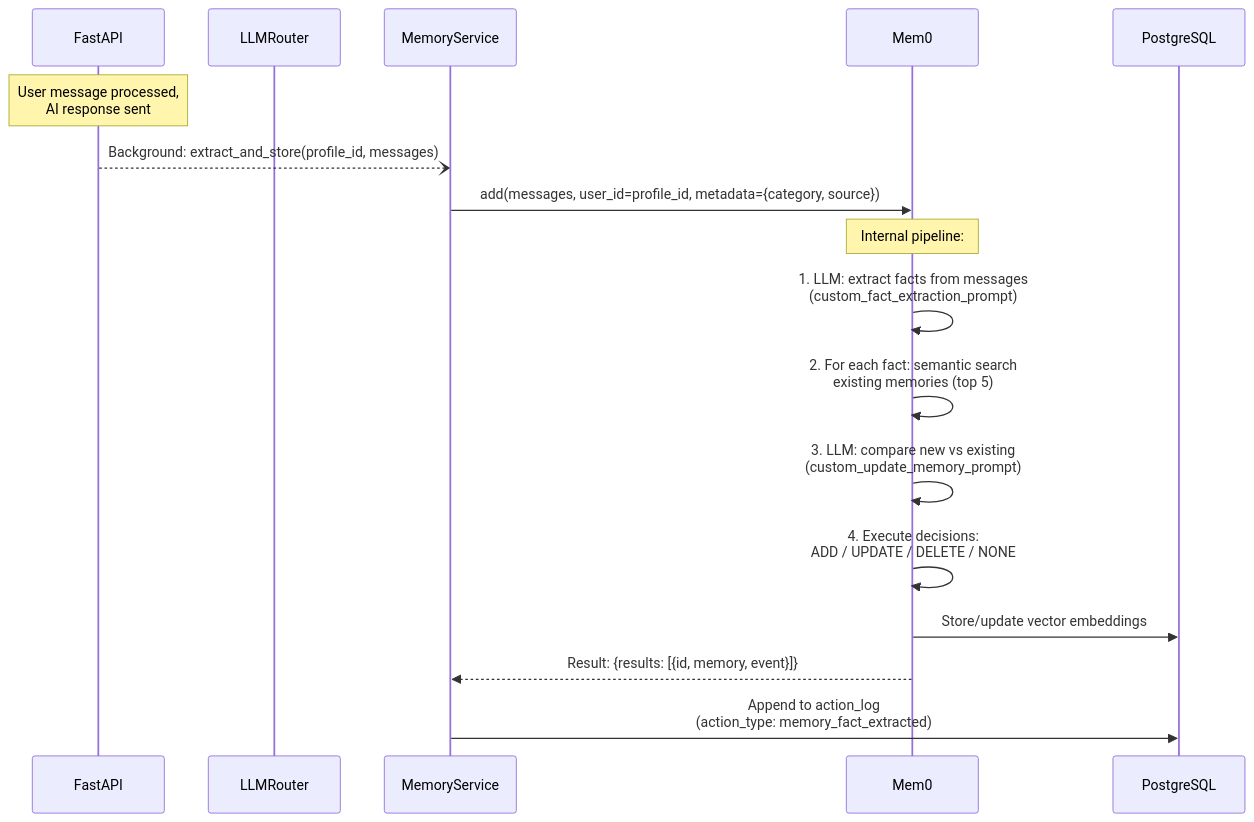
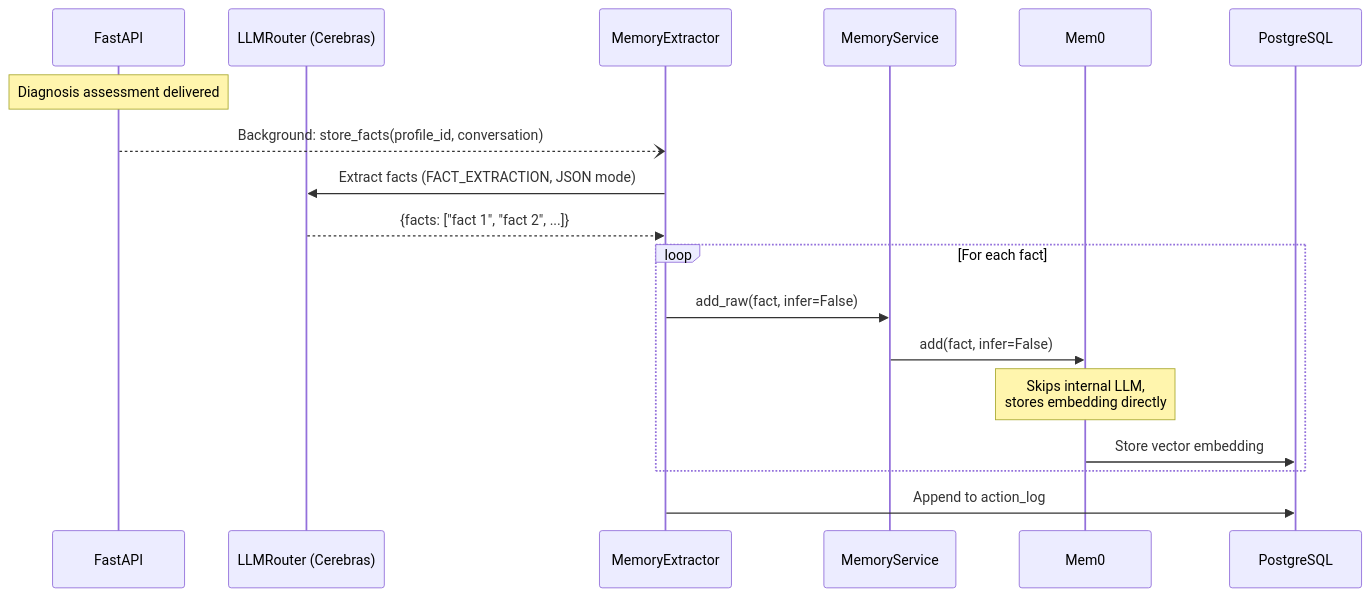
One commit to ArthurZhang2408/familyhealth-ai changed the first of 5 diagrams in docs/MEMORY_SYSTEM.md. Above: the diagram before and after it, drawn with Mermaid. The commit also changed other lines of this file and 22 other files, not shown here.

First line of the commit message:
feat: structured assessment rendering, agent-driven memory, and red flag fix (#23)

````diff
--- a/docs/MEMORY_SYSTEM.md
+++ b/docs/MEMORY_SYSTEM.md
@@ -238,27 +244,25 @@
 ```mermaid
 sequenceDiagram
     participant API as FastAPI
-    participant LLM as LLMRouter
+    participant LLM as LLMRouter (Cerebras)
+    participant ME as MemoryExtractor
     participant MS as MemoryService
     participant M0 as Mem0
     participant PG as PostgreSQL
 
-    Note over API: User message processed,<br/>AI response sent
+    Note over API: Diagnosis assessment delivered
 
-    API--)MS: Background: extract_and_store(profile_id, messages)
+    API--)ME: Background: store_facts(profile_id, conversation)
 
-    MS->>M0: add(messages, user_id=profile_id, metadata={category, source})
+    ME->>LLM: Extract facts (FACT_EXTRACTION, JSON mode)
+    LLM-->>ME: {facts: ["fact 1", "fact 2", ...]}
 
-    Note over M0: Internal pipeline:
+    loop For each fact
+        ME->>MS: add_raw(fact, infer=False)
+        MS->>M0: add(fact, infer=False)
+        Note over M0: Skips internal LLM,<br/>stores embedding directly
+        M0->>PG: Store vector embedding
+    end
 
-    M0->>M0: 1. LLM: extract facts from messages<br/>(custom_fact_extraction_prompt)
-    M0->>M0: 2. For each fact: semantic search<br/>existing memories (top 5)
-    M0->>M0: 3. LLM: compare new vs existing<br/>(custom_update_memory_prompt)
-    M0->>M0: 4. Execute decisions:<br/>ADD / UPDATE / DELETE / NONE
-
-    M0->>PG: Store/update vector embeddings
-
-    M0-->>MS: Result: {results: [{id, memory, event}]}
-
-    MS->>PG: Append to action_log<br/>(action_type: memory_fact_extracted)
+    ME->>PG: Append to action_log
 ```
````
